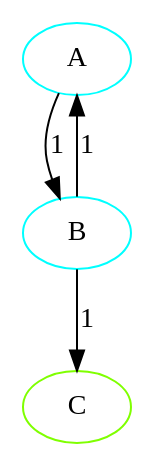
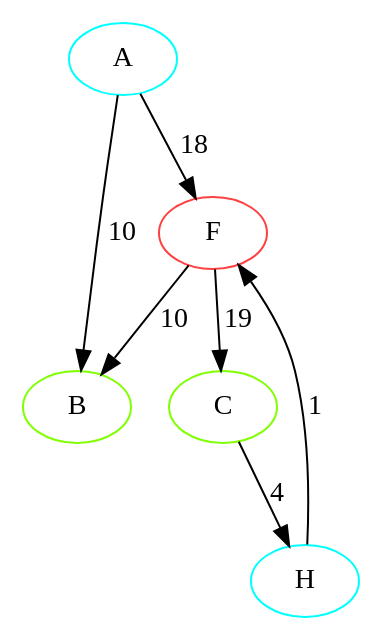
One commit to LerdPixel/mephi_labs changed the diagram in lab4-sem3/graph.dot. Above: the diagram before and after it, drawn with Graphviz. The commit also changed 6 other files, not shown here.

```diff
--- a/lab4-sem3/graph.dot
+++ b/lab4-sem3/graph.dot
@@ -1,8 +1,13 @@
 digraph {
 A [color=aqua]
-B [color=aqua]
+B [color=chartreuse]
+F [color=brown1]
+H [color=aqua]
 C [color=chartreuse]
-A -> B[label="1"]
-B -> C[label="1"]
-B -> A[label="1"]
+A -> B[label="10"]
+A -> F[label="18"]
+F -> C[label="19"]
+F -> B[label="10"]
+H -> F[label="1"]
+C -> H[label="4"]
 }
```
